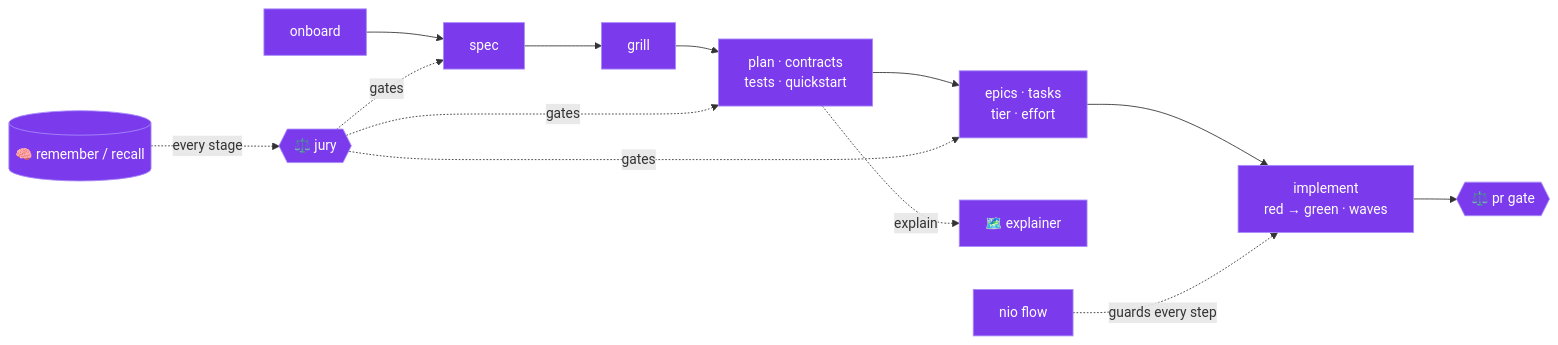
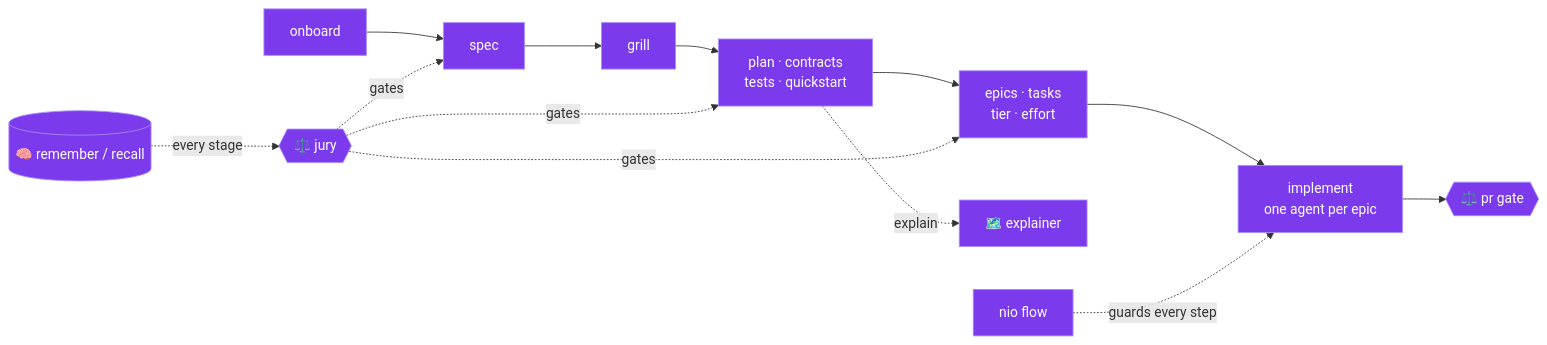
One commit to nikolajkarpic/nio changed the first of 2 diagrams in README.md. Above: the diagram before and after it, drawn with Mermaid. The commit also changed other lines of this file and 18 other files, not shown here.

First line of the commit message:
Fix review-jury findings on per-epic implement and auto

````diff
--- a/README.md
+++ b/README.md
@@ -44,12 +44,12 @@
 ```mermaid
 flowchart LR
   classDef built fill:#7c3aed,stroke:#a78bfa,color:#fff
 
-  onboard --> spec --> grill --> plan["plan · contracts<br>tests · quickstart"] --> tasks["epics · tasks<br>tier · effort"] --> implement["implement<br>red → green · waves"] --> pr{{"⚖️ pr gate"}}
+  onboard --> spec --> grill --> plan["plan · contracts<br>tests · quickstart"] --> tasks["epics · tasks<br>tier · effort"] --> implement["implement<br>one agent per epic"] --> pr{{"⚖️ pr gate"}}
   jury{{"⚖️ jury"}} -. gates .-> spec & plan & tasks
   plan -. explain .-> explain["🗺️ explainer"]
   memory[("🧠 remember / recall")] -. every stage .-> jury
   flow["nio flow"] -. guards every step .-> implement
 
   class onboard,spec,grill,plan,tasks,implement,pr,jury,explain,memory,flow built
 ```
````
